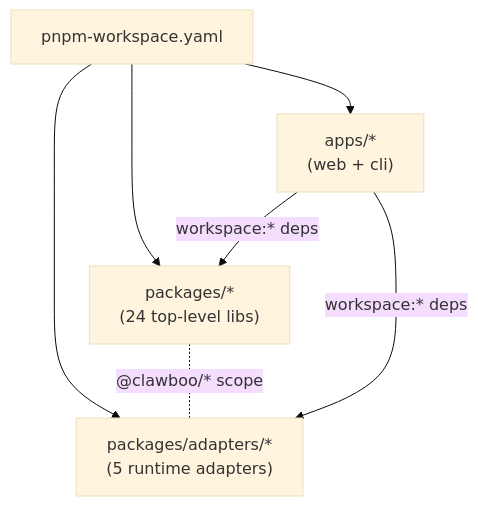
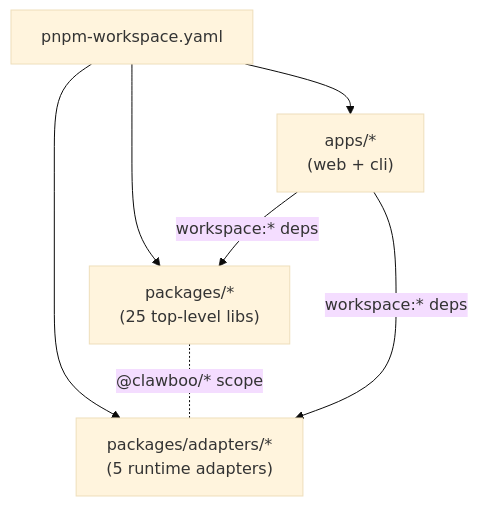
One commit to clawboo/clawboo changed the first of 2 diagrams in docs/internals/monorepo-and-build.md. Above: the diagram before and after it, drawn with Mermaid (base theme). The commit also changed other lines of this file and 56 other files, not shown here.

````diff
--- a/docs/internals/monorepo-and-build.md
+++ b/docs/internals/monorepo-and-build.md
@@ -46,10 +46,10 @@
 ```mermaid
 graph TD
   root["pnpm-workspace.yaml"]
-  root --> p["packages/*<br/>(24 top-level libs)"]
+  root --> p["packages/*<br/>(25 top-level libs)"]
   root --> a["packages/adapters/*<br/>(5 runtime adapters)"]
   root --> apps["apps/*<br/>(web + cli)"]
   p -. "@clawboo/* scope" .- a
   apps -- "workspace:* deps" --> p
   apps -- "workspace:* deps" --> a
 ```
````
